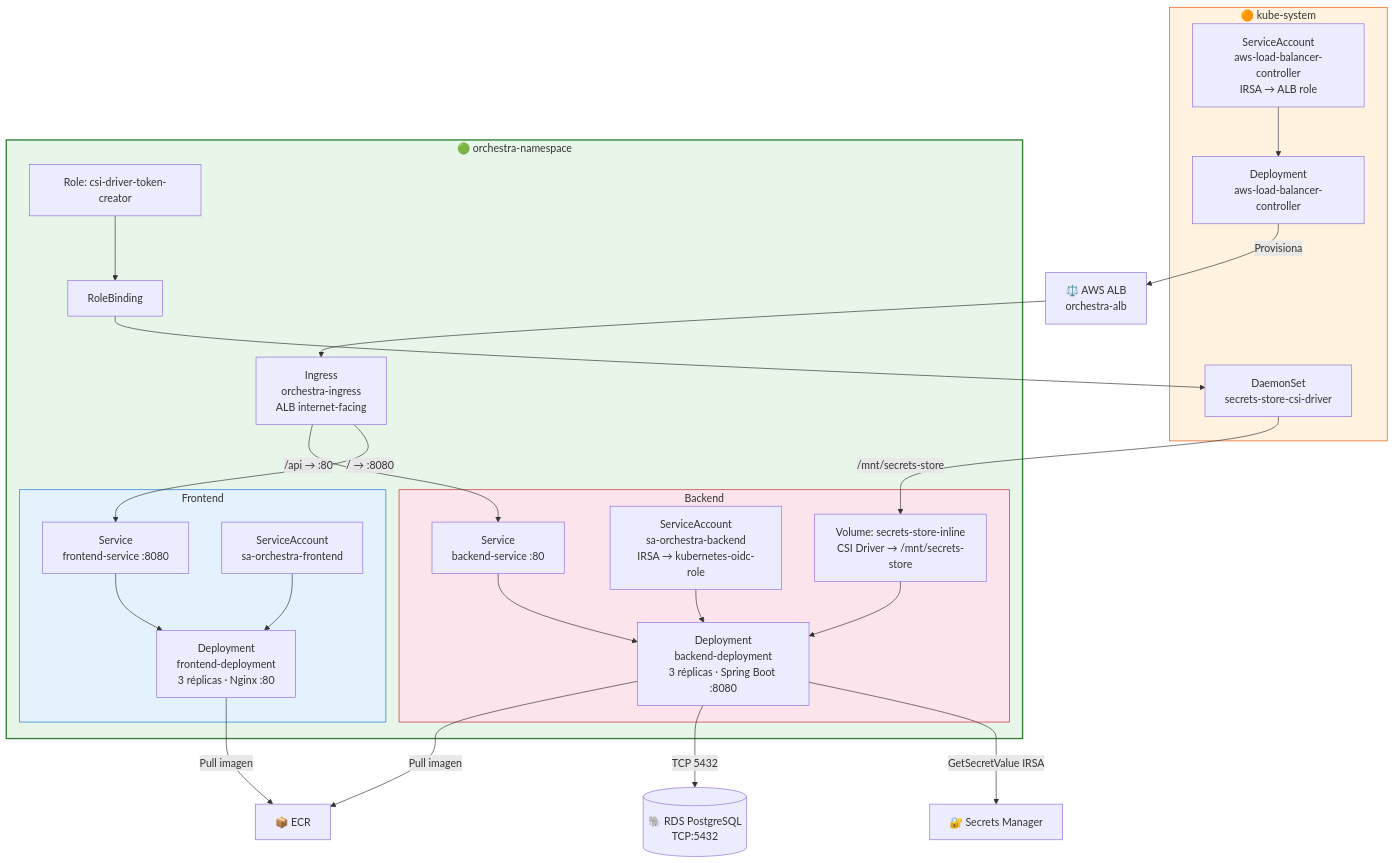
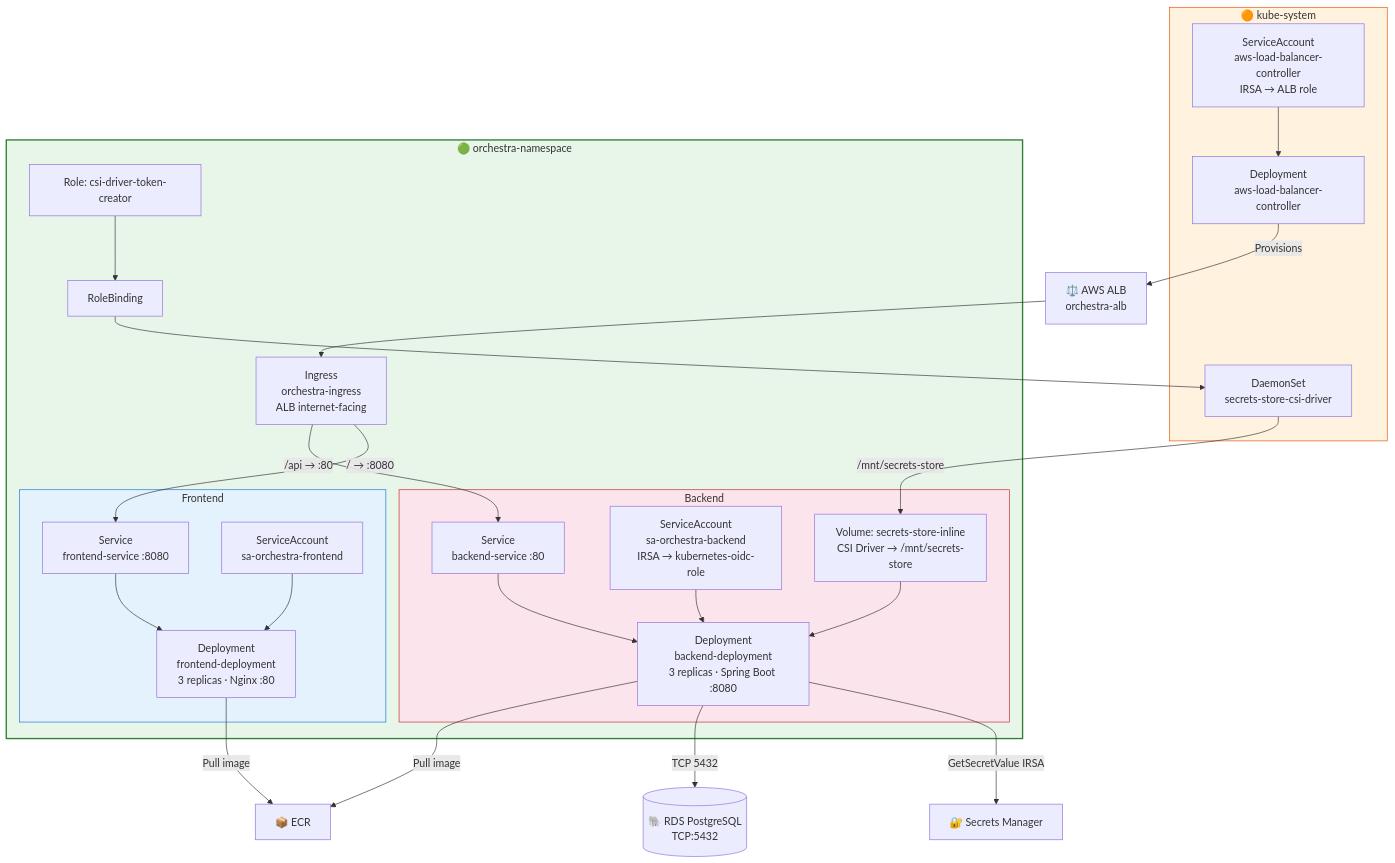
Before and after one commit to chelu-cloud/orchestra-deployment: the eighth of 14 diagrams in README.MD, drawn with Mermaid. The commit also changed other lines of this file, not shown here.

````diff
--- a/README.MD
+++ b/README.MD
@@ -389,51 +389,51 @@
 ```mermaid
 graph TB
     subgraph KS ["🟠 kube-system"]
         ALBC["Deployment\naws-load-balancer-controller"]
         CSI["DaemonSet\nsecrets-store-csi-driver"]
         SA_ALB["ServiceAccount\naws-load-balancer-controller\nIRSA → ALB role"]
         SA_ALB --> ALBC
     end
 
     subgraph NS ["🟢 orchestra-namespace"]
         ING["Ingress\norchestra-ingress\nALB internet-facing"]
 
         subgraph FE ["Frontend"]
-            FE_DEP["Deployment\nfrontend-deployment\n3 réplicas · Nginx :80"]
+            FE_DEP["Deployment\nfrontend-deployment\n3 replicas · Nginx :80"]
             FE_SVC["Service\nfrontend-service :8080"]
             SA_FE["ServiceAccount\nsa-orchestra-frontend"]
         end
 
         subgraph BE ["Backend"]
-            BE_DEP["Deployment\nbackend-deployment\n3 réplicas · Spring Boot :8080"]
+            BE_DEP["Deployment\nbackend-deployment\n3 replicas · Spring Boot :8080"]
             BE_SVC["Service\nbackend-service :80"]
             SA_BE["ServiceAccount\nsa-orchestra-backend\nIRSA → kubernetes-oidc-role"]
             VOL["Volume: secrets-store-inline\nCSI Driver → /mnt/secrets-store"]
         end
 
         ROLE["Role: csi-driver-token-creator"]
         RB["RoleBinding"]
     end
 
     SM["🔐 Secrets Manager"]
     RDS[("🐘 RDS PostgreSQL\nTCP:5432")]
     ECR["📦 ECR"]
     ALB_AWS["⚖️ AWS ALB\norchestra-alb"]
 
     ALB_AWS --> ING
     ING -->|"/ → :8080"| FE_SVC --> FE_DEP
     ING -->|"/api → :80"| BE_SVC --> BE_DEP
     SA_FE --> FE_DEP
     SA_BE --> BE_DEP
     BE_DEP -->|"GetSecretValue IRSA"| SM
     BE_DEP -->|"TCP 5432"| RDS
     CSI -->|"/mnt/secrets-store"| VOL --> BE_DEP
-    FE_DEP & BE_DEP -->|"Pull imagen"| ECR
+    FE_DEP & BE_DEP -->|"Pull image"| ECR
     ROLE --> RB --> CSI
-    ALBC -->|"Provisiona"| ALB_AWS
+    ALBC -->|"Provisions"| ALB_AWS
 
     style NS  fill:#e8f5e9,stroke:#2e7d32,stroke-width:2px
     style KS  fill:#fff3e0,stroke:#e65100,stroke-width:1px
     style FE  fill:#e3f2fd,stroke:#1976d2
     style BE  fill:#fce4ec,stroke:#c62828
 ```
````
